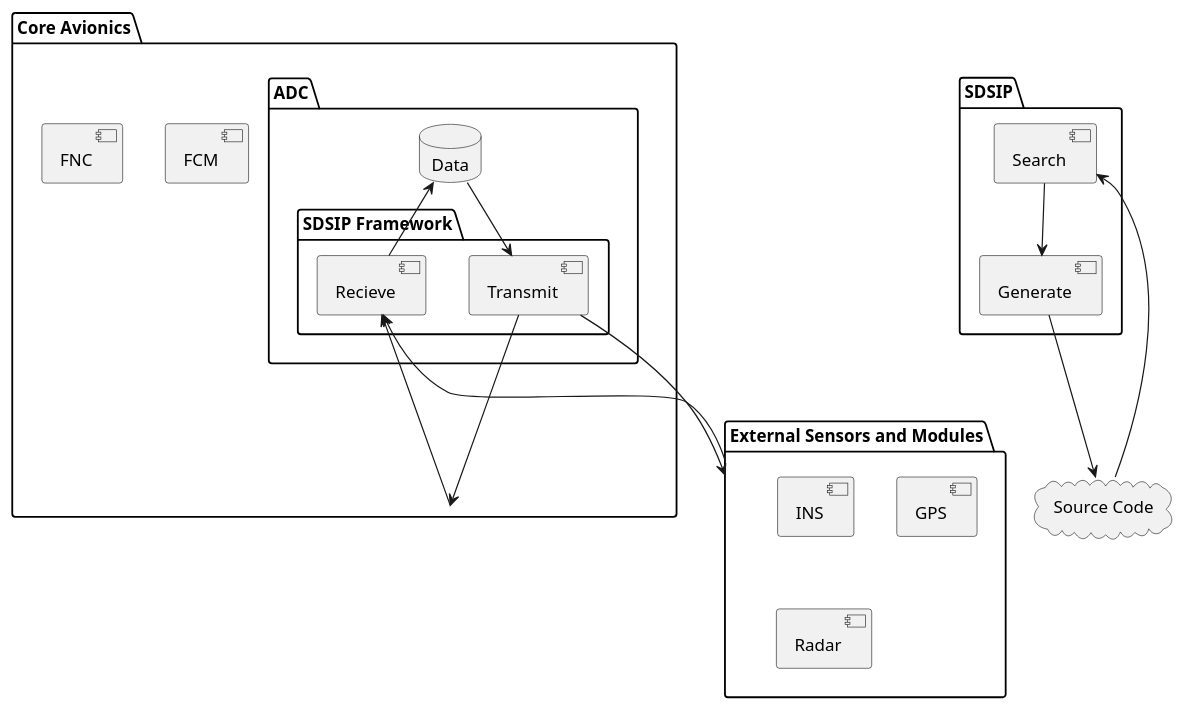
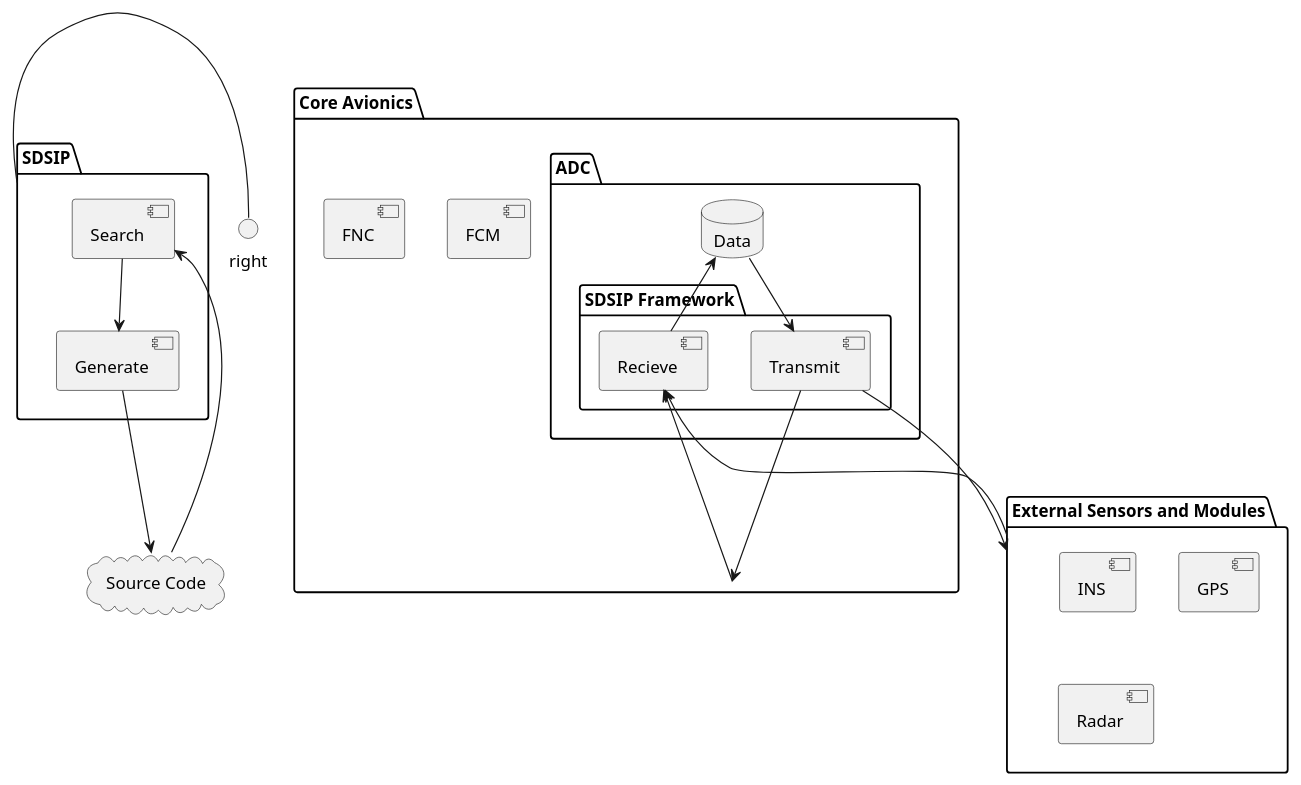
The diagram in img/sdsip-operational-architecture.puml (alexb7711/avionics-simulation-paper), drawn with PlantUML before and after one commit. The commit also changed other lines of this file and 2 other files, not shown here.

```diff
--- a/img/sdsip-operational-architecture.puml
+++ b/img/sdsip-operational-architecture.puml
@@ -1,42 +1,43 @@
 @startuml
 package "SDSIP" {
 [Search]
 [Generate]
 }
 
 
 cloud "Source Code" {
 }
 
 package "Core Avionics" {
 package "ADC" {
 package "SDSIP Framework" {
 [Transmit]
 [Recieve]
 }
 
 Database "Data" {
 }
 
 }
 [FCM]
 [FNC]
 }
 
 Folder "External Sensors and Modules" {
 [INS]
 [GPS]
 [Radar]
 }
 
 [Recieve] <-- [Core Avionics]
 [Recieve] <-- [External Sensors and Modules]
 [Transmit] --> [Core Avionics]
 [Transmit] --> [External Sensors and Modules]
 [Data] <-- [Recieve]
 [Data] --> [Transmit]
 [Search]  <-- [Source Code]
 [Generate]  --> [Source Code]
 [Search]  --> [Generate]
+[SDSIP] -right
 
 @enduml
```
